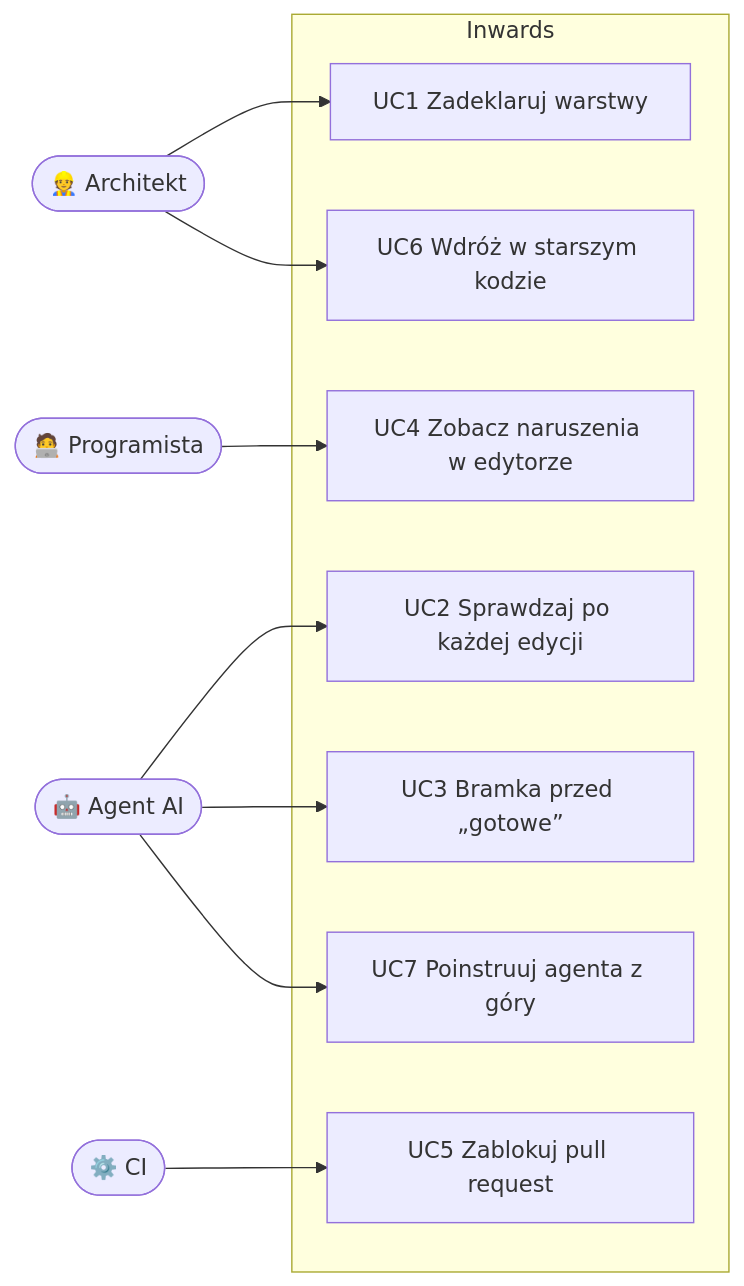
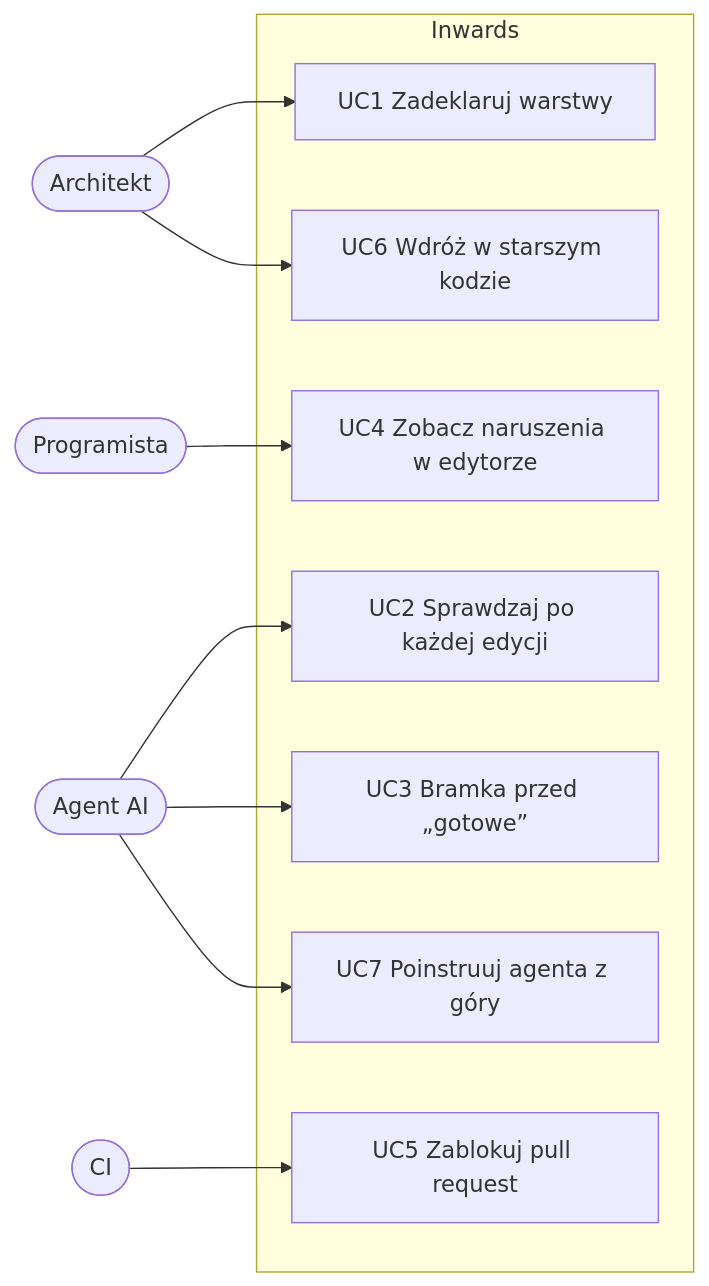
Before and after one commit to SirCypkowskyy/inwards: the diagram in docs/pl/02-Business-Context.md, drawn with Mermaid. The commit also changed other lines of this file and 9 other files, not shown here.

First line of the commit message:
docs: draw diagram and status icons instead of emoji, recolour the chapter 6 pie

````diff
--- a/docs/pl/02-Business-Context.md
+++ b/docs/pl/02-Business-Context.md
@@ -249,25 +249,25 @@
 ```mermaid
 flowchart LR
-    arch(["👷 Architekt"])
-    dev(["🧑‍💻 Programista"])
-    agent(["🤖 Agent AI"])
-    ci(["⚙️ CI"])
+    arch(["Architekt"])
+    dev(["Programista"])
+    agent(["Agent AI"])
+    ci(["CI"])
 
     subgraph S["Inwards"]
         UC1["UC1 Zadeklaruj warstwy"]
         UC2["UC2 Sprawdzaj po każdej edycji"]
         UC3["UC3 Bramka przed „gotowe”"]
         UC4["UC4 Zobacz naruszenia w edytorze"]
         UC5["UC5 Zablokuj pull request"]
         UC6["UC6 Wdróż w starszym kodzie"]
         UC7["UC7 Poinstruuj agenta z góry"]
     end
 
     arch --> UC1
     arch --> UC6
     agent --> UC2
     agent --> UC3
     agent --> UC7
     dev --> UC4
     ci --> UC5
 ```
````
